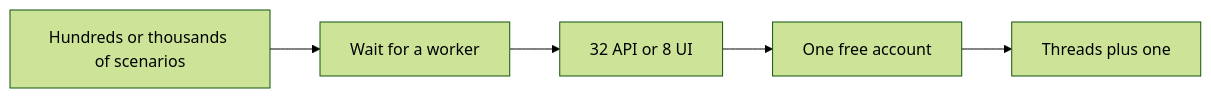
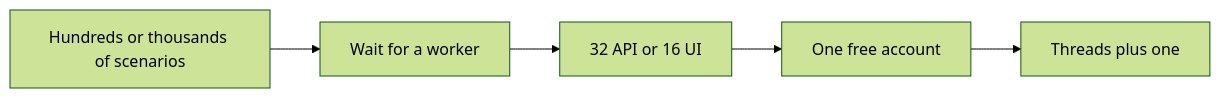
Before and after one commit to it-at-m/eappointment: the fourth of 5 diagrams in docs/en/testing-and-automation/how-we-parallelized-zmsautomation.md, drawn with Mermaid (forest theme). The commit also changed other lines of this file and 10 other files, not shown here.

````diff
--- a/docs/en/testing-and-automation/how-we-parallelized-zmsautomation.md
+++ b/docs/en/testing-and-automation/how-we-parallelized-zmsautomation.md
@@ -71,4 +71,4 @@
 ```mermaid
 flowchart LR
-  many["Hundreds or thousands of scenarios"] --> queue[Wait for a worker] --> workers["32 API or 8 UI"] --> login[One free account] --> spare["Threads plus one"]
+  many["Hundreds or thousands of scenarios"] --> queue[Wait for a worker] --> workers["32 API or 16 UI"] --> login[One free account] --> spare["Threads plus one"]
 ```
````
